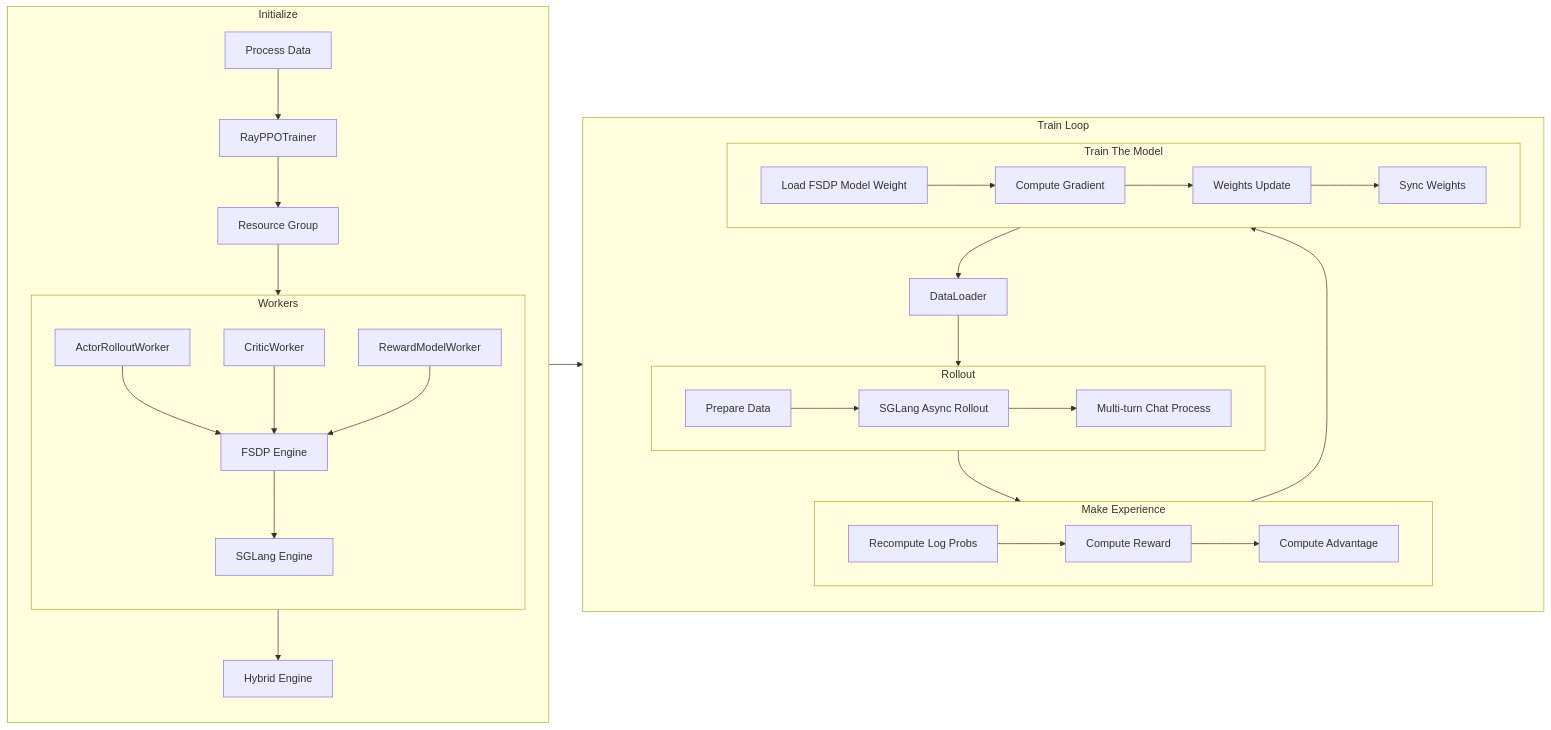
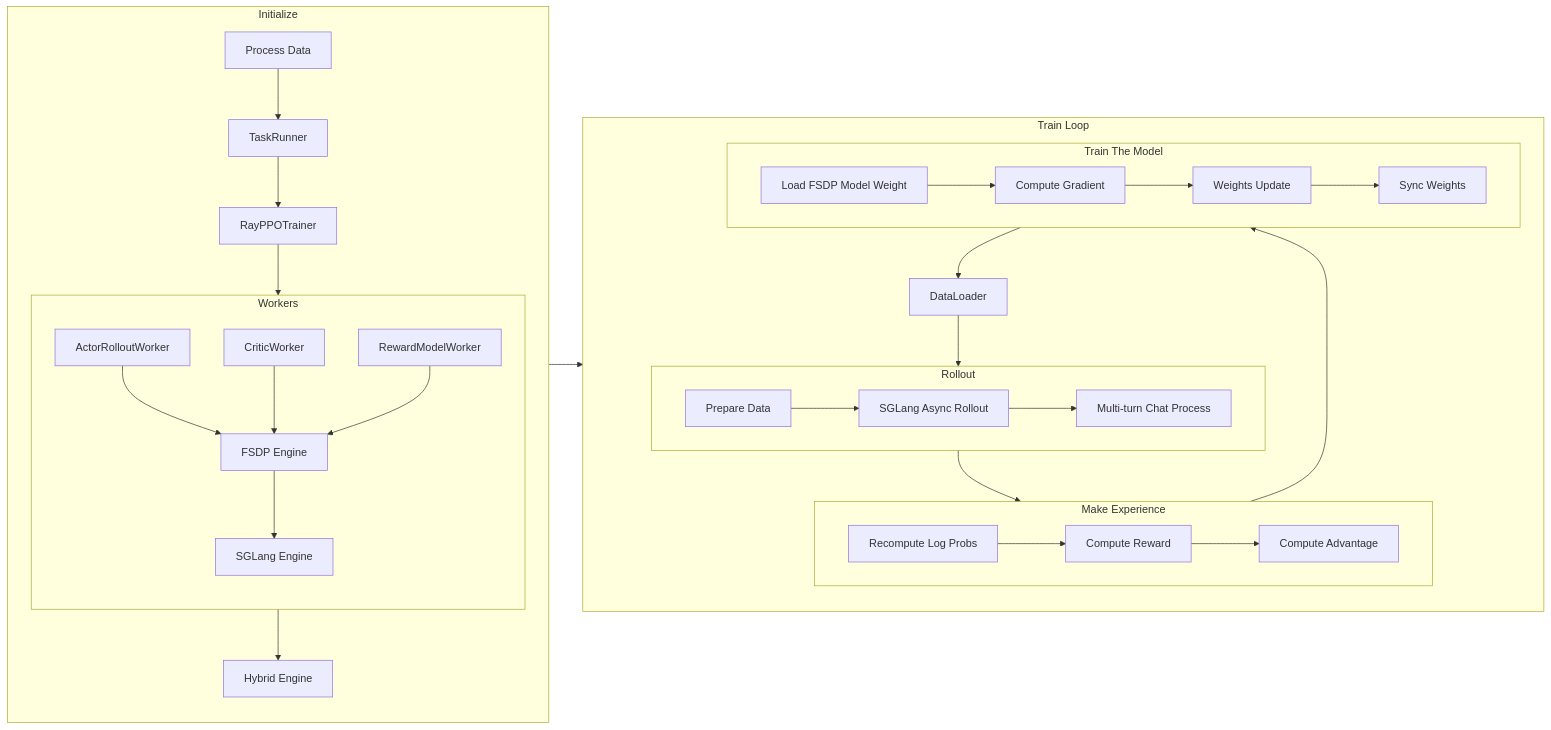
Before and after one commit to zhaochenyang20/Awesome-ML-SYS-Tutorial: the diagram in rlhf/verl/multi-turn/code-walk-through/readme.md, drawn with Mermaid. The commit also changed other lines of this file, not shown here.

````diff
--- a/rlhf/verl/multi-turn/code-walk-through/readme.md
+++ b/rlhf/verl/multi-turn/code-walk-through/readme.md
@@ -11,49 +11,49 @@
 ```mermaid
 flowchart LR
 subgraph W2["Initialize"]
 WP[Process Data] --> A
 direction TB D1[Data Prepare] --> A
-A[RayPPOTrainer] --> B1[Resource Group]
+A[TaskRunner] --> B1[RayPPOTrainer]
 B1 --> Workers
 
     subgraph Workers["Workers"]
         direction TB
                 WA[ActorRolloutWorker] --> WD[FSDP Engine]
         WB[CriticWorker] --> WD
         WC[RewardModelWorker] --> WD
         WD --> WE[SGLang Engine]
     end
     
     Workers --> C1[Hybrid Engine]
 end
 
 subgraph W3["Train Loop"]
     direction TB
     E[DataLoader] --> RolloutBox
     
     subgraph RolloutBox["Rollout"]
         F1[Prepare Data] --> F2[SGLang Async Rollout]
         F2 --> F3[Multi-turn Chat Process]
     end
     
     RolloutBox --> ExpBox
     
     subgraph ExpBox["Make Experience"]
         G1[Recompute Log Probs] --> G2[Compute Reward]
         G2 --> G3[Compute Advantage]
     end
     
     ExpBox --> UpdateBox
     
     subgraph UpdateBox["Train The Model"]
         H1[Load FSDP Model Weight] --> H2[Compute Gradient]
         H2 --> H3[Weights Update]
         H3 --> H4[Sync Weights]
     end
     
     UpdateBox --> E
 end
 
 W2 --> W3
 
 ```
````
